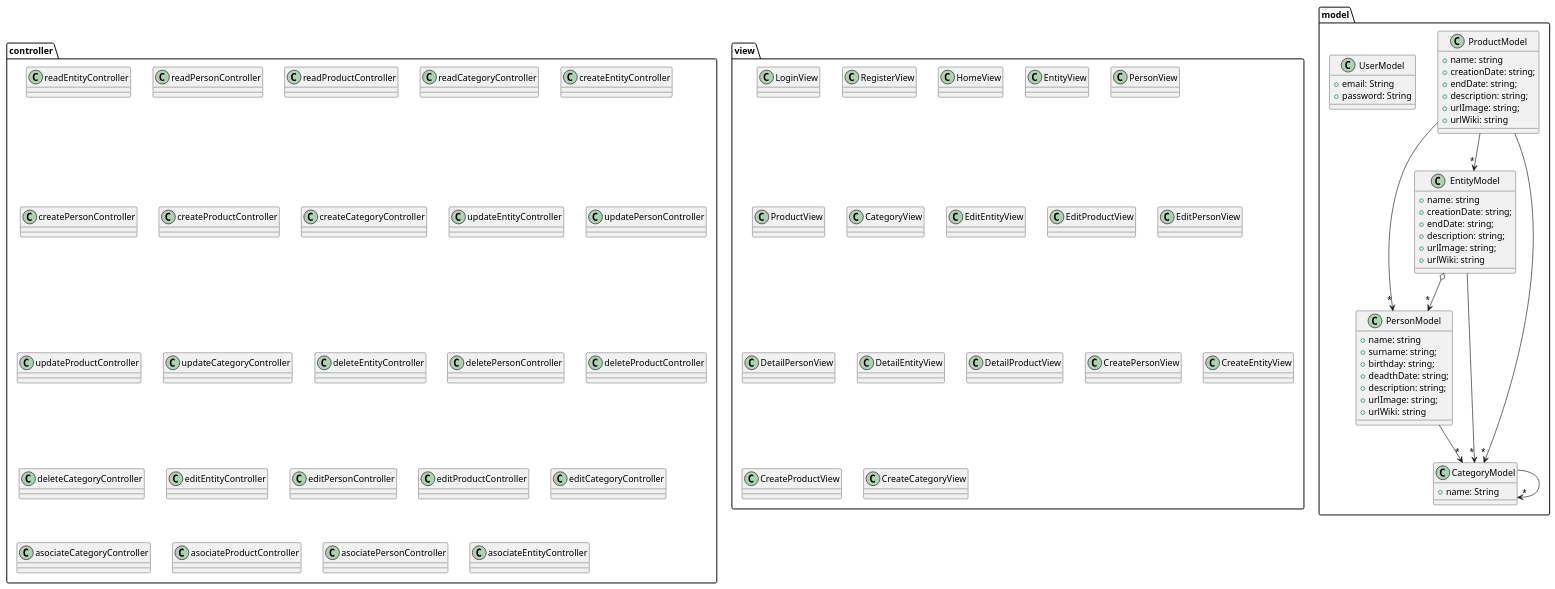
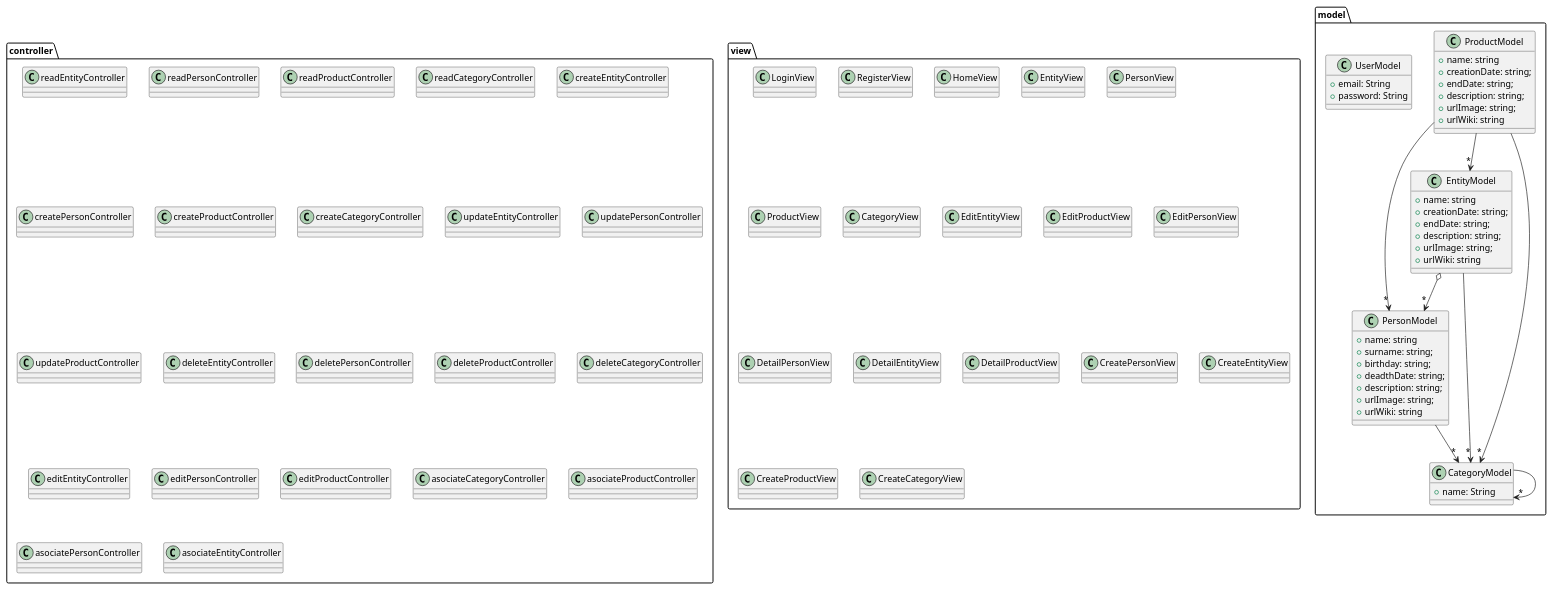
The seventh of 7 diagrams in index.adoc (nataliacasanova/analesdelaciencia), drawn with PlantUML before and after one commit. The commit also changed other lines of this file and 19 other files, not shown here.

Commit message:
fixed diagrams

```diff
--- a/index.adoc
+++ b/index.adoc
@@ -687,7 +753,6 @@
 Class readPersonController
 Class readProductController
 Class readCategoryController
-
 Class createEntityController
 Class createPersonController
 Class createProductController
@@ -695,7 +760,6 @@
 Class updateEntityController
 Class updatePersonController
 Class updateProductController
-Class updateCategoryController
 Class deleteEntityController
 Class deletePersonController
 Class deleteProductController
@@ -703,7 +767,6 @@
 Class editEntityController
 Class editPersonController
 Class editProductController
-Class editCategoryController
 Class asociateCategoryController
 Class asociateProductController
 Class asociatePersonController
```
